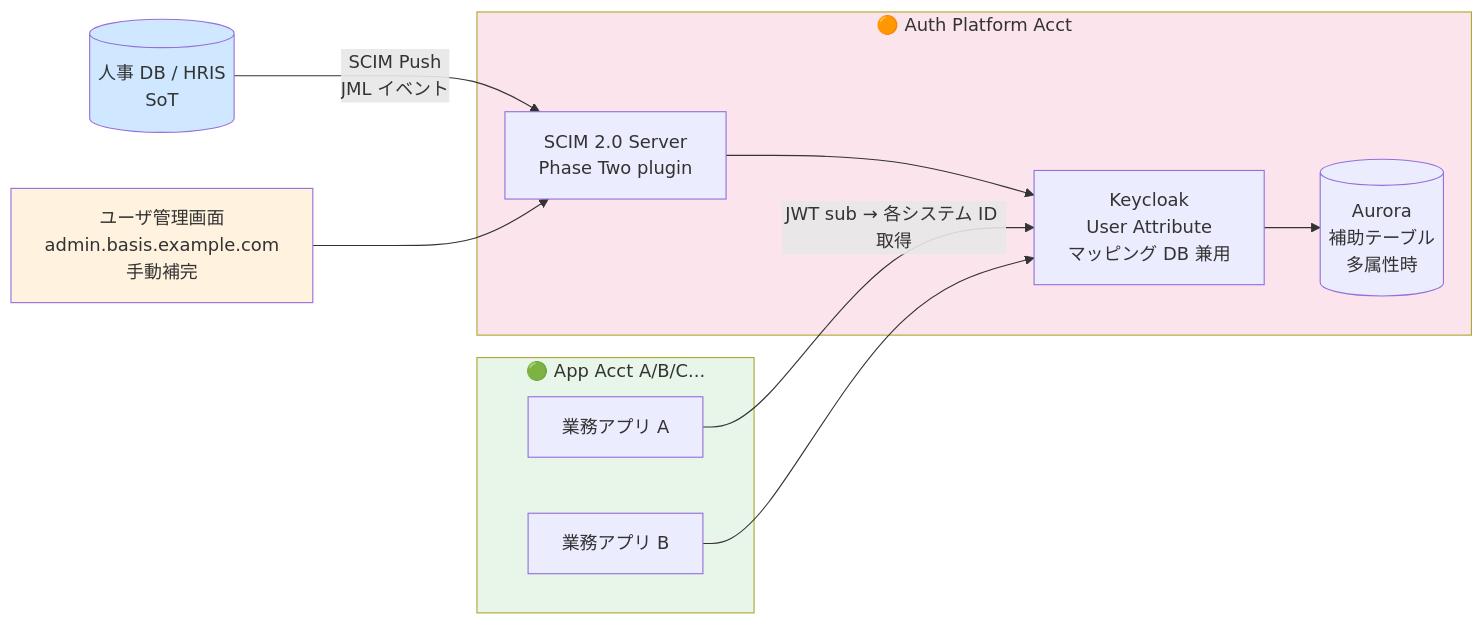
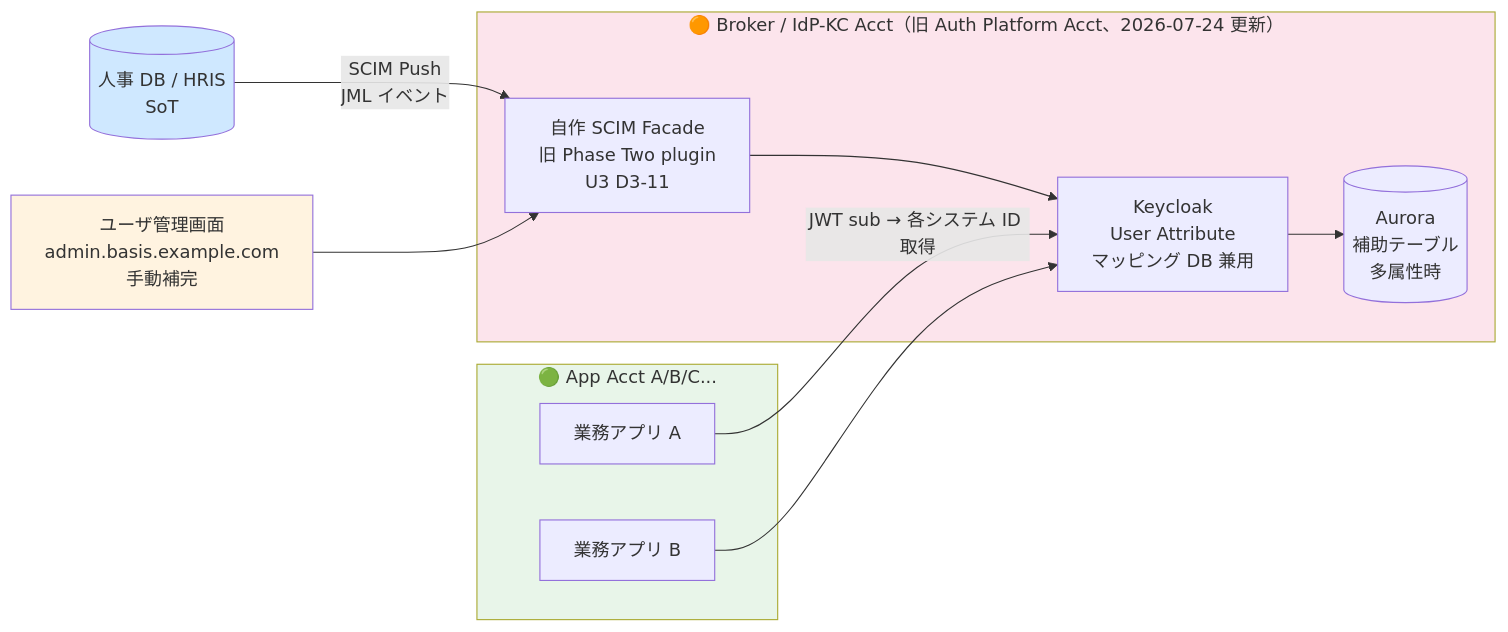
The second of 14 diagrams in doc/requirements/proposal/common/07-implementation-architecture.md (suepie/aws-atuh-poc), drawn with Mermaid before and after one commit. The commit also changed other lines of this file and 47 other files, not shown here.

````diff
--- a/doc/requirements/proposal/common/07-implementation-architecture.md
+++ b/doc/requirements/proposal/common/07-implementation-architecture.md
@@ -1560,29 +1605,29 @@
 ```mermaid
 flowchart LR
     HR[(人事 DB / HRIS<br/>SoT)]
 
-    subgraph AP["🟠 Auth Platform Acct"]
-        SCIM[SCIM 2.0 Server<br/>Phase Two plugin]
+    subgraph AP["🟠 Broker / IdP-KC Acct（旧 Auth Platform Acct、2026-07-24 更新）"]
+        SCIM[自作 SCIM Facade<br/>旧 Phase Two plugin<br/>U3 D3-11]
         KC[Keycloak<br/>User Attribute<br/>マッピング DB 兼用]
         Aurora[(Aurora<br/>補助テーブル<br/>多属性時)]
     end
 
     subgraph APPS["🟢 App Acct A/B/C..."]
         AppA[業務アプリ A]
         AppB[業務アプリ B]
     end
 
     UI[ユーザ管理画面<br/>admin.basis.example.com<br/>手動補完]
 
     HR -->|SCIM Push<br/>JML イベント| SCIM
     SCIM --> KC
     KC --> Aurora
     UI --> SCIM
     AppA -->|JWT sub → 各システム ID 取得| KC
     AppB --> KC
 
     style HR fill:#cfe8ff
     style AP fill:#fce4ec
     style APPS fill:#e8f5e9
     style UI fill:#fff3e0
 ```
````
